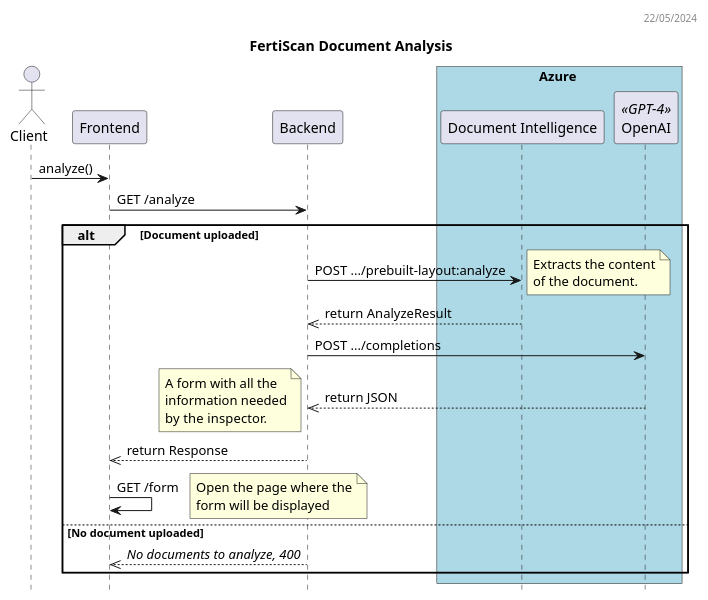
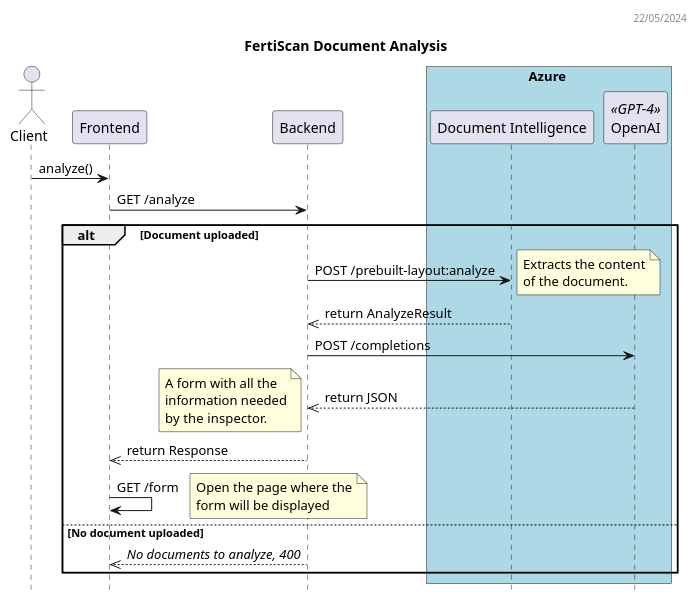
The diagram in docs/analyze_dss.puml (ai-cfia/fertiscan-backend), drawn with PlantUML before and after one commit. The commit also changed 4 other files, not shown here.

Commit message:
doc: update diagrams

```diff
--- a/docs/analyze_dss.puml
+++ b/docs/analyze_dss.puml
@@ -1,43 +1,43 @@
 @startuml Analyze DSS
 header 22/05/2024
 
 title FertiScan Document Analysis
 hide empty members
 hide footbox
 
 actor "Client" as C
 participant Frontend as F
 participant Backend as B
 box Azure #LightBlue
 participant "Document Intelligence" as D
 participant "OpenAI" as O<<GPT-4>>
 end box
 
 C -> F: analyze()
 F -> B: GET /analyze
 alt Document uploaded
-B -> D: POST .../prebuilt-layout:analyze
+B -> D: POST /prebuilt-layout:analyze
 note right
 Extracts the content
 of the document.
 end note
 B <<-- D: return AnalyzeResult
-B -> O: POST .../completions
+B -> O: POST /completions
 B <<-- O: return JSON
 note left
 A form with all the
 information needed
 by the inspector.
 end note
 F <<-- B: return Response
 F -> F: GET /form
 note right
 Open the page where the
 form will be displayed
 end note
 else No document uploaded
 F <<-- B: //No documents to analyze, 400// 
 end
 
 
 @enduml
```
